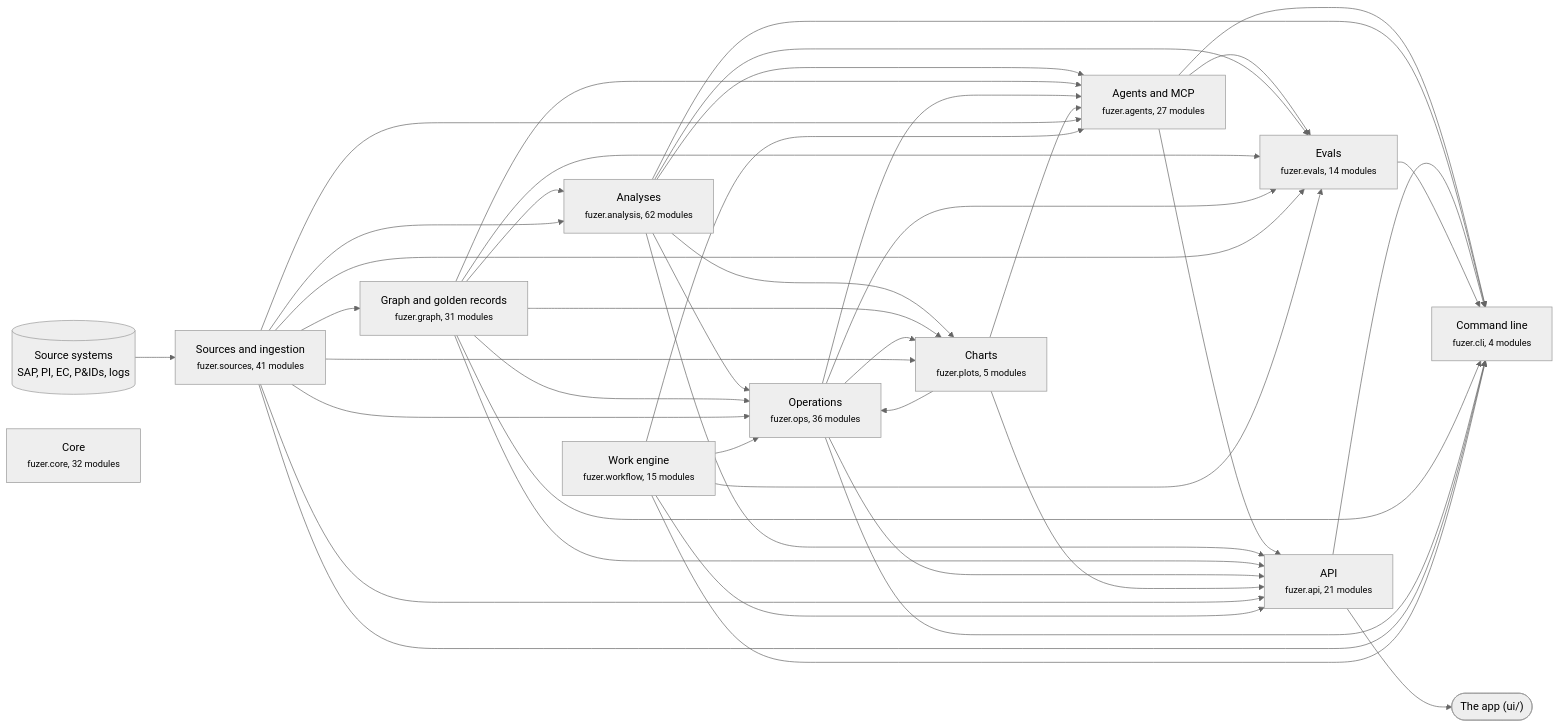
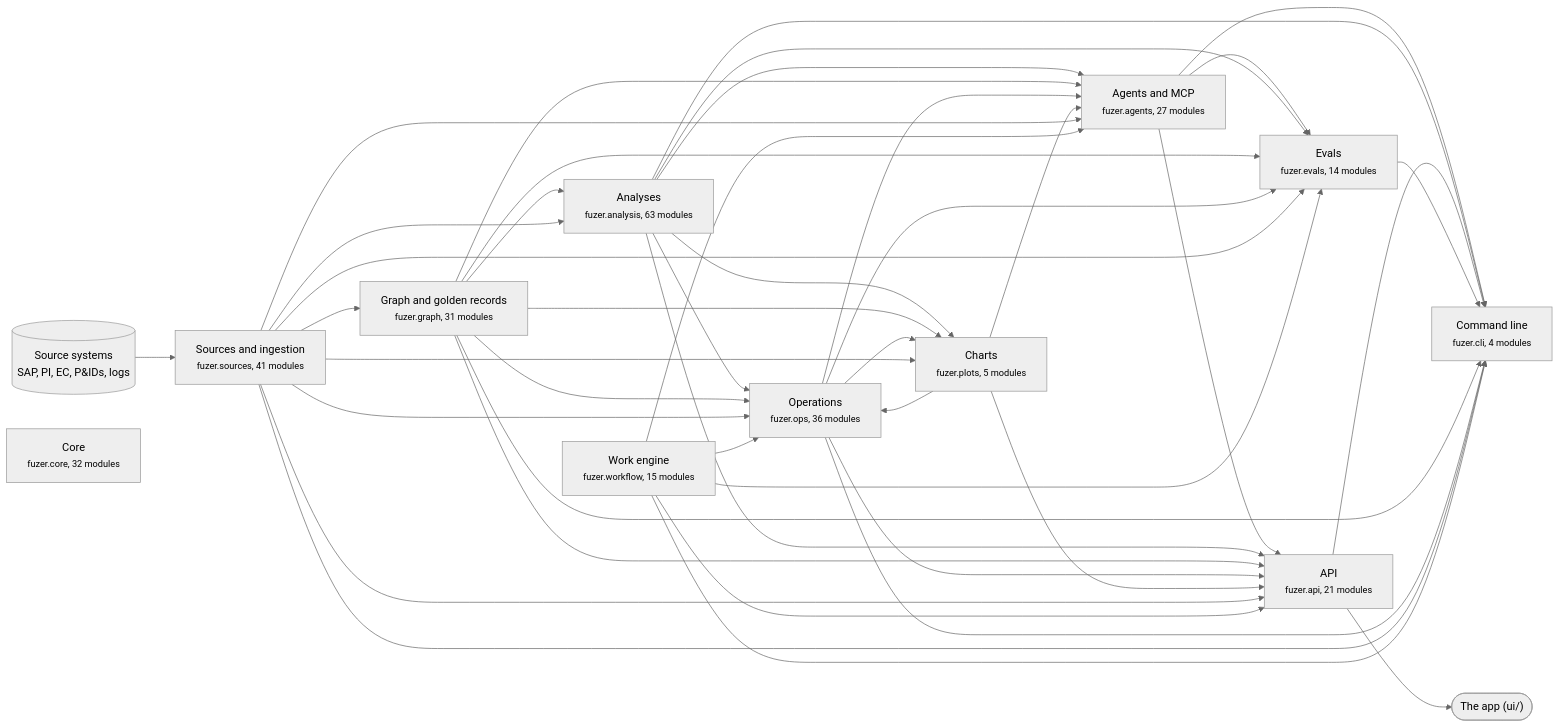
Before and after one commit to areed145/fuzer: the first of 3 diagrams in docs/architecture.md, drawn with Mermaid (neutral theme). The commit also changed other lines of this file and 14 other files, not shown here.

````diff
--- a/docs/architecture.md
+++ b/docs/architecture.md
@@ -8,67 +8,67 @@
 ```mermaid
 flowchart LR
   systems[("Source systems<br>SAP, PI, EC, P&IDs, logs")] --> c_sources
   app(["The app (ui/)"])
   c_api --> app
   c_sources["Sources and ingestion<br><small>fuzer.sources, 41 modules</small>"]
   c_graph["Graph and golden records<br><small>fuzer.graph, 31 modules</small>"]
-  c_analysis["Analyses<br><small>fuzer.analysis, 62 modules</small>"]
+  c_analysis["Analyses<br><small>fuzer.analysis, 63 modules</small>"]
   c_ops["Operations<br><small>fuzer.ops, 36 modules</small>"]
   c_plots["Charts<br><small>fuzer.plots, 5 modules</small>"]
   c_workflow["Work engine<br><small>fuzer.workflow, 15 modules</small>"]
   c_agents["Agents and MCP<br><small>fuzer.agents, 27 modules</small>"]
   c_evals["Evals<br><small>fuzer.evals, 14 modules</small>"]
   c_api["API<br><small>fuzer.api, 21 modules</small>"]
   c_cli["Command line<br><small>fuzer.cli, 4 modules</small>"]
   c_core["Core<br><small>fuzer.core, 32 modules</small>"]
   c_sources --> c_graph
   c_graph --> c_analysis
   c_sources --> c_analysis
   c_analysis --> c_ops
   c_graph --> c_ops
   c_plots --> c_ops
   c_sources --> c_ops
   c_workflow --> c_ops
   c_analysis --> c_plots
   c_graph --> c_plots
   c_ops --> c_plots
   c_sources --> c_plots
   c_analysis --> c_agents
   c_graph --> c_agents
   c_ops --> c_agents
   c_plots --> c_agents
   c_sources --> c_agents
   c_workflow --> c_agents
   c_agents --> c_evals
   c_analysis --> c_evals
   c_graph --> c_evals
   c_ops --> c_evals
   c_sources --> c_evals
   c_workflow --> c_evals
   c_agents --> c_api
   c_analysis --> c_api
   c_graph --> c_api
   c_ops --> c_api
   c_plots --> c_api
   c_sources --> c_api
   c_workflow --> c_api
   c_agents --> c_cli
   c_analysis --> c_cli
   c_api --> c_cli
   c_evals --> c_cli
   c_graph --> c_cli
   c_ops --> c_cli
   c_sources --> c_cli
   c_workflow --> c_cli
   click c_sources "https://github.com/areed145/fuzer/tree/main/src/fuzer/sources"
   click c_graph "https://github.com/areed145/fuzer/tree/main/src/fuzer/graph"
   click c_analysis "https://github.com/areed145/fuzer/tree/main/src/fuzer/analysis"
   click c_ops "https://github.com/areed145/fuzer/tree/main/src/fuzer/ops"
   click c_plots "https://github.com/areed145/fuzer/tree/main/src/fuzer/plots"
   click c_workflow "https://github.com/areed145/fuzer/tree/main/src/fuzer/workflow"
   click c_agents "https://github.com/areed145/fuzer/tree/main/src/fuzer/agents"
   click c_evals "https://github.com/areed145/fuzer/tree/main/src/fuzer/evals"
   click c_api "https://github.com/areed145/fuzer/tree/main/src/fuzer/api"
   click c_cli "https://github.com/areed145/fuzer/tree/main/src/fuzer/cli"
   click c_core "https://github.com/areed145/fuzer/tree/main/src/fuzer/core"
 ```
````
